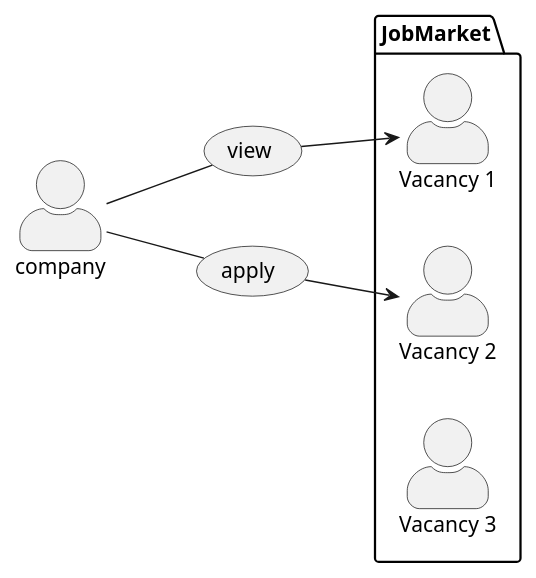
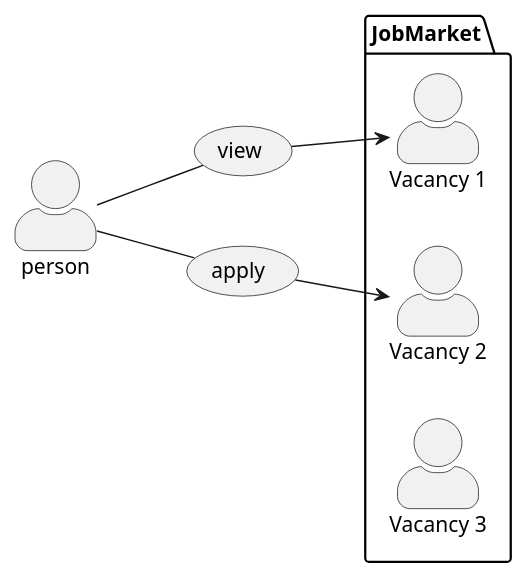
Before and after one commit to DirectorsView/documentation: the ninth of 9 diagrams in ucd/ucd.puml, drawn with PlantUML. The commit also changed 1 other file, not shown here.

```diff
--- a/ucd/ucd.puml
+++ b/ucd/ucd.puml
@@ -150,18 +150,18 @@
 @startuml
 skinparam actorStyle awesome
 left to right direction
 
 package JobMarket as v {
     :Vacancy 1: as v1
     :Vacancy 2: as v2
     :Vacancy 3: as v3
 }
 
-:company: -- (view)
-:company: -- (apply)
+:person: -- (view)
+:person: -- (apply)
 
 
 (view) --> v1
 (apply) --> v2
 
 @enduml
```
